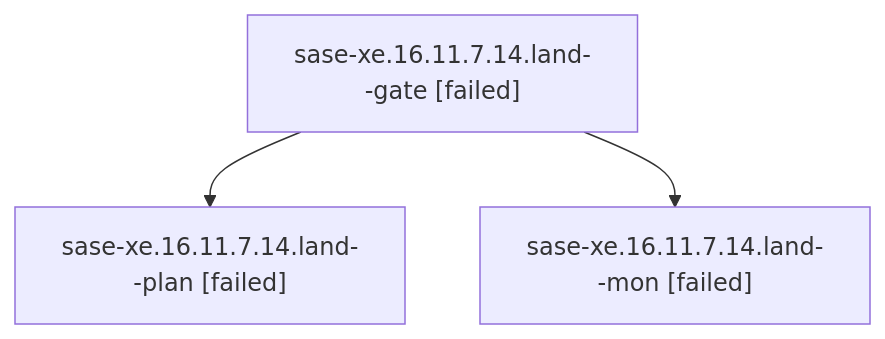
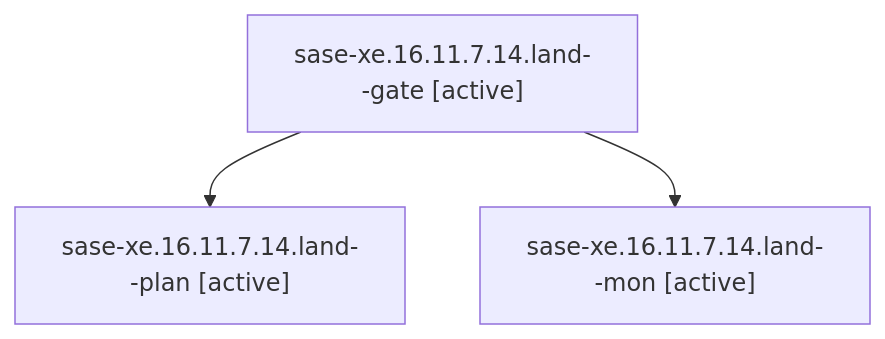
The diagram in families/bbugyi200.athena.sase-xe.16.11.7.14.land.md (sase-org/sase--agents), drawn with Mermaid before and after one commit. The commit also changed other lines of this file and 35830 other files, not shown here.

````diff
--- a/families/bbugyi200.athena.sase-xe.16.11.7.14.land.md
+++ b/families/bbugyi200.athena.sase-xe.16.11.7.14.land.md
@@ -9,8 +9,8 @@
 ```mermaid
 flowchart TD
-  n0["sase-xe.16.11.7.14.land--gate [failed]"]
-  n1["sase-xe.16.11.7.14.land--plan [failed]"]
+  n0["sase-xe.16.11.7.14.land--gate [active]"]
+  n1["sase-xe.16.11.7.14.land--plan [active]"]
   n0 --> n1
-  n2["sase-xe.16.11.7.14.land--mon [failed]"]
+  n2["sase-xe.16.11.7.14.land--mon [active]"]
   n0 --> n2
 ```
````
